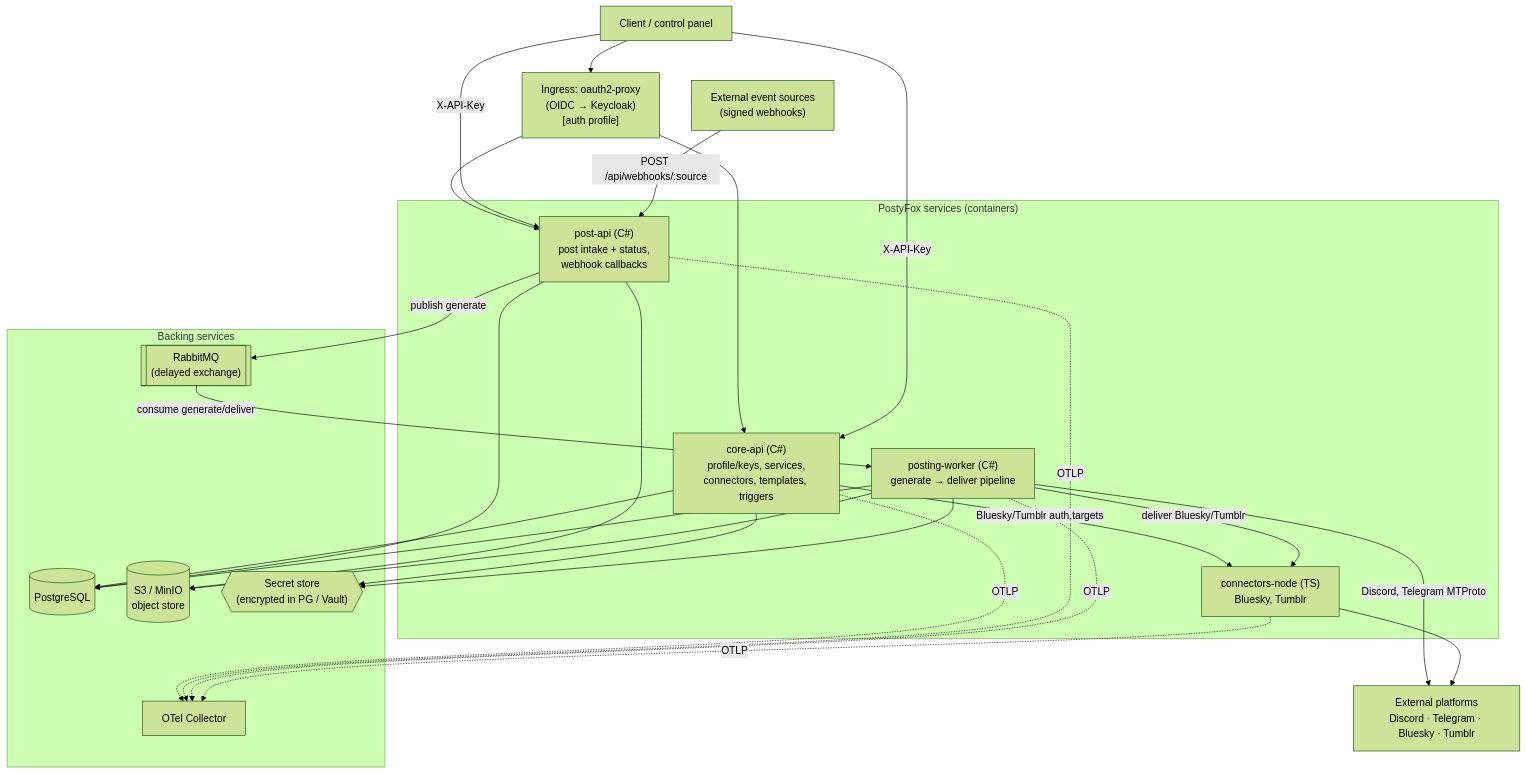
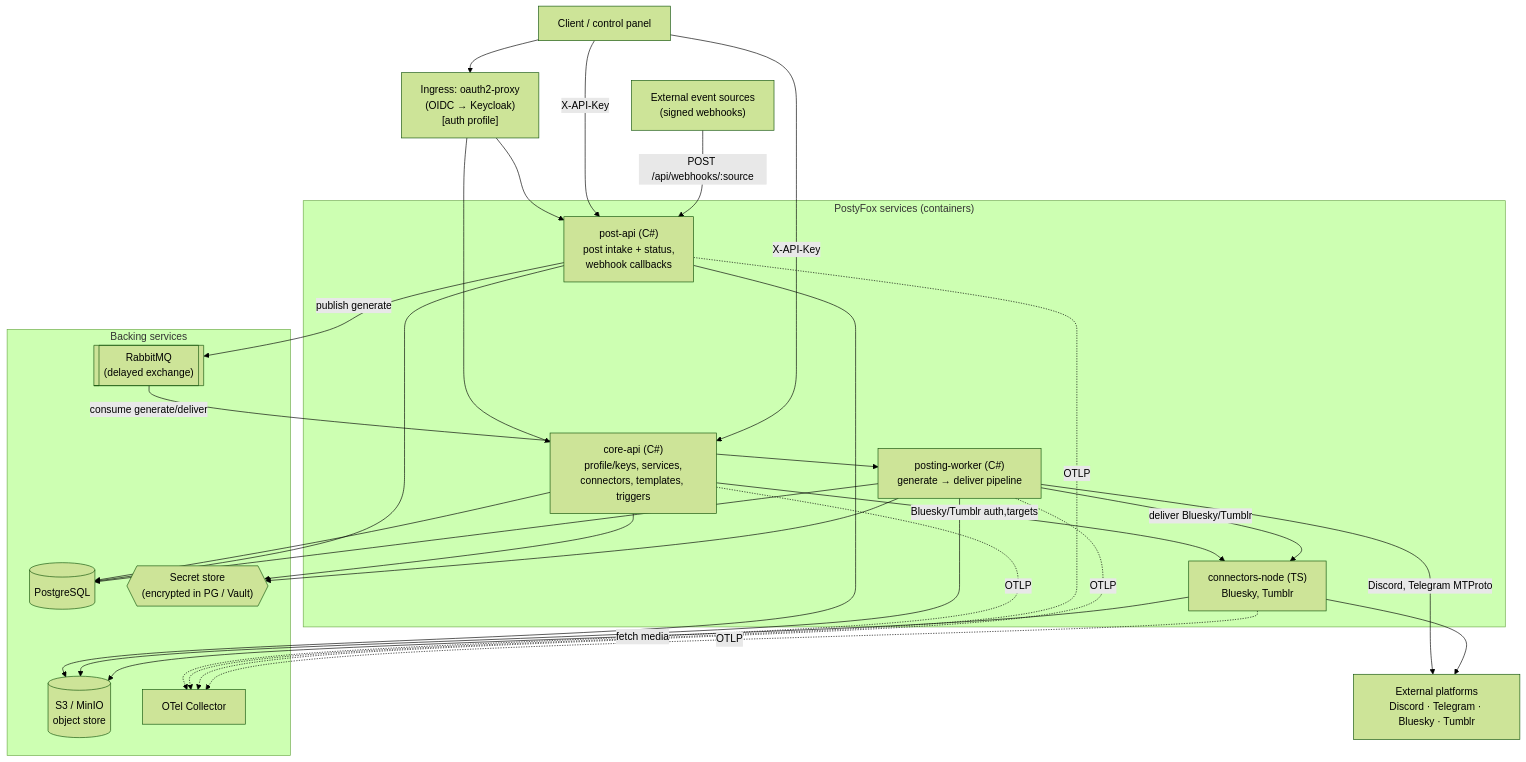
The first of 7 diagrams in platform/docs/ARCHITECTURE.md (PostyFox/postyfox-core), drawn with Mermaid (forest theme) before and after one commit. The commit also changed other lines of this file and 38 other files, not shown here.

````diff
--- a/platform/docs/ARCHITECTURE.md
+++ b/platform/docs/ARCHITECTURE.md
@@ -36,39 +36,40 @@
 ```mermaid
 flowchart TB
     client["Client / control panel"]
     edge["Ingress: oauth2-proxy<br/>(OIDC → Keycloak)<br/>[auth profile]"]
 
     subgraph apps["PostyFox services (containers)"]
         core["core-api (C#)<br/>profile/keys, services,<br/>connectors, templates, triggers"]
         post["post-api (C#)<br/>post intake + status,<br/>webhook callbacks"]
         worker["posting-worker (C#)<br/>generate → deliver pipeline"]
         node["connectors-node (TS)<br/>Bluesky, Tumblr"]
     end
 
     subgraph backing["Backing services"]
         pg[("PostgreSQL")]
         s3[("S3 / MinIO<br/>object store")]
         mq[["RabbitMQ<br/>(delayed exchange)"]]
         sec{{"Secret store<br/>(encrypted in PG / Vault)"}}
         otel["OTel Collector"]
     end
 
     ext["External platforms<br/>Discord · Telegram · Bluesky · Tumblr"]
     src["External event sources<br/>(signed webhooks)"]
 
     client --> edge --> core & post
     client -->|X-API-Key| core & post
 
     core --> pg & sec
     core -->|Bluesky/Tumblr auth,targets| node
     post --> pg & s3
     post -->|publish generate| mq
     src -->|POST /api/webhooks/:source| post
 
     mq -->|consume generate/deliver| worker
     worker --> pg & s3 & sec
     worker -->|Discord, Telegram MTProto| ext
     worker -->|deliver Bluesky/Tumblr| node --> ext
+    node -->|fetch media| s3
 
     core & post & worker & node -.OTLP.-> otel
 ```
````
